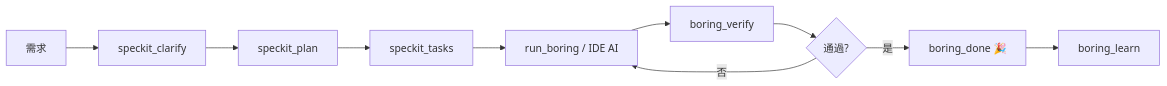
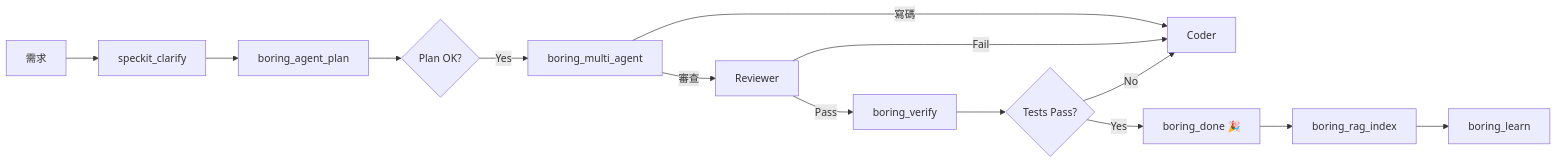
One commit to Boring206/boring-gemini changed the second of 2 diagrams in README.md. Above: the diagram before and after it, drawn with Mermaid. The commit also changed other lines of this file and 23 other files, not shown here.

Commit message:
RAG Memory System (Vector + Graph)

````diff
--- a/README.md
+++ b/README.md
@@ -990,12 +1014,16 @@
 ```mermaid
 graph LR
     A[需求] --> B[speckit_clarify]
-    B --> C[speckit_plan]
-    C --> D[speckit_tasks]
-    D --> E[run_boring / IDE AI]
-    E --> F[boring_verify]
-    F --> G{通過?}
-    G -->|是| H[boring_done 🎉]
-    G -->|否| E
-    H --> I[boring_learn]
+    B --> C[boring_agent_plan]
+    C --> D{Plan OK?}
+    D -- Yes --> E[boring_multi_agent]
+    E -- 寫碼 --> F[Coder]
+    E -- 審查 --> G[Reviewer]
+    G -- Fail --> F
+    G -- Pass --> H[boring_verify]
+    H --> I{Tests Pass?}
+    I -- Yes --> J[boring_done 🎉]
+    I -- No --> F
+    J --> K[boring_rag_index]
+    K --> L[boring_learn]
 ```
````
